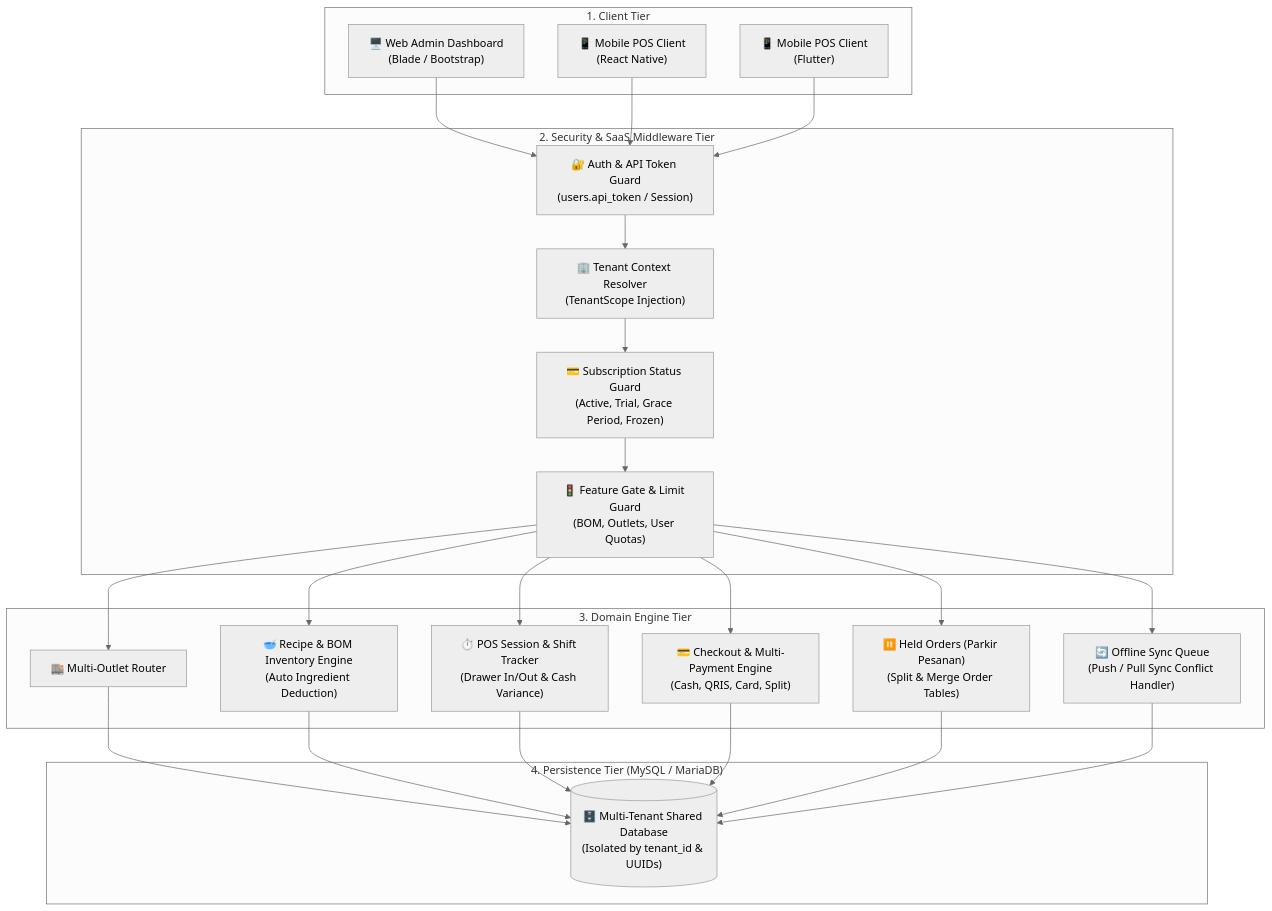
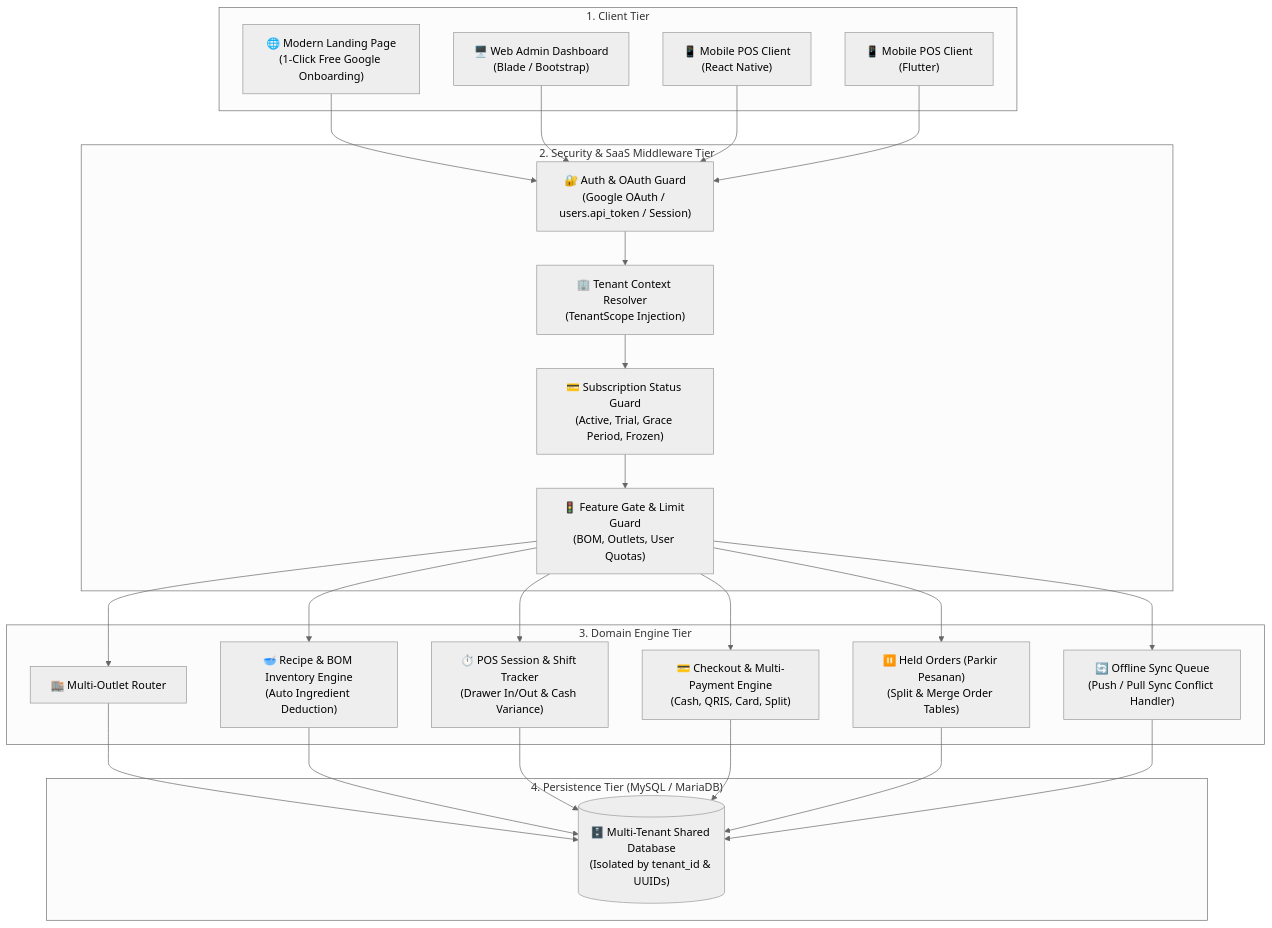
One commit to mfarim/laravel-pos changed the first of 2 diagrams in README.md. Above: the diagram before and after it, drawn with Mermaid (neutral theme). The commit also changed 15 other files, not shown here.

Commit message:
feat(landing): add modern SaaS landing page with 100% free Google login onboarding

````diff
--- a/README.md
+++ b/README.md
@@ -38,50 +38,52 @@
 ```mermaid
 graph TD
     subgraph Clients["1. Client Tier"]
+        LANDING["🌐 Modern Landing Page\n(1-Click Free Google Onboarding)"]
         WEB["🖥️ Web Admin Dashboard\n(Blade / Bootstrap)"]
         RN["📱 Mobile POS Client\n(React Native)"]
         FLUTTER["📱 Mobile POS Client\n(Flutter)"]
     end
 
     subgraph MiddlewareTier["2. Security & SaaS Middleware Tier"]
-        AUTH["🔐 Auth & API Token Guard\n(users.api_token / Session)"]
+        AUTH["🔐 Auth & OAuth Guard\n(Google OAuth / users.api_token / Session)"]
         TENANT["🏢 Tenant Context Resolver\n(TenantScope Injection)"]
         SUBS["💳 Subscription Status Guard\n(Active, Trial, Grace Period, Frozen)"]
         FEATURE["🚦 Feature Gate & Limit Guard\n(BOM, Outlets, User Quotas)"]
     end
 
     subgraph CoreEngine["3. Domain Engine Tier"]
         OUTLET_MGR["🏬 Multi-Outlet Router"]
         BOM_ENGINE["🥣 Recipe & BOM Inventory Engine\n(Auto Ingredient Deduction)"]
         SHIFT_ENGINE["⏱️ POS Session & Shift Tracker\n(Drawer In/Out & Cash Variance)"]
         CHECKOUT_ENGINE["💳 Checkout & Multi-Payment Engine\n(Cash, QRIS, Card, Split)"]
         PARK_ENGINE["⏸️ Held Orders (Parkir Pesanan)\n(Split & Merge Order Tables)"]
         SYNC_ENGINE["🔄 Offline Sync Queue\n(Push / Pull Sync Conflict Handler)"]
     end
 
     subgraph StorageTier["4. Persistence Tier (MySQL / MariaDB)"]
         DB[("🗄️ Multi-Tenant Shared Database\n(Isolated by tenant_id & UUIDs)")]
     end
 
+    LANDING --> AUTH
     WEB --> AUTH
     RN --> AUTH
     FLUTTER --> AUTH
 
     AUTH --> TENANT
     TENANT --> SUBS
     SUBS --> FEATURE
 
     FEATURE --> OUTLET_MGR
     FEATURE --> BOM_ENGINE
     FEATURE --> SHIFT_ENGINE
     FEATURE --> CHECKOUT_ENGINE
     FEATURE --> PARK_ENGINE
     FEATURE --> SYNC_ENGINE
 
     OUTLET_MGR --> DB
     BOM_ENGINE --> DB
     SHIFT_ENGINE --> DB
     CHECKOUT_ENGINE --> DB
     PARK_ENGINE --> DB
     SYNC_ENGINE --> DB
 ```
````
